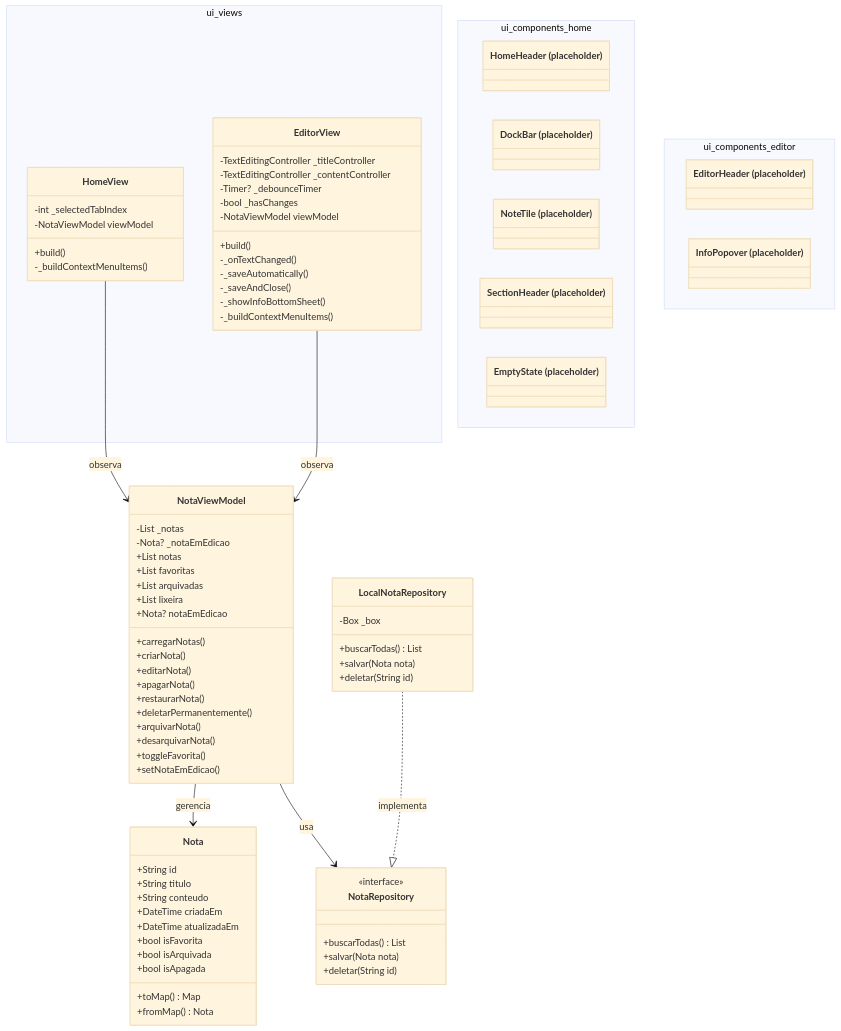
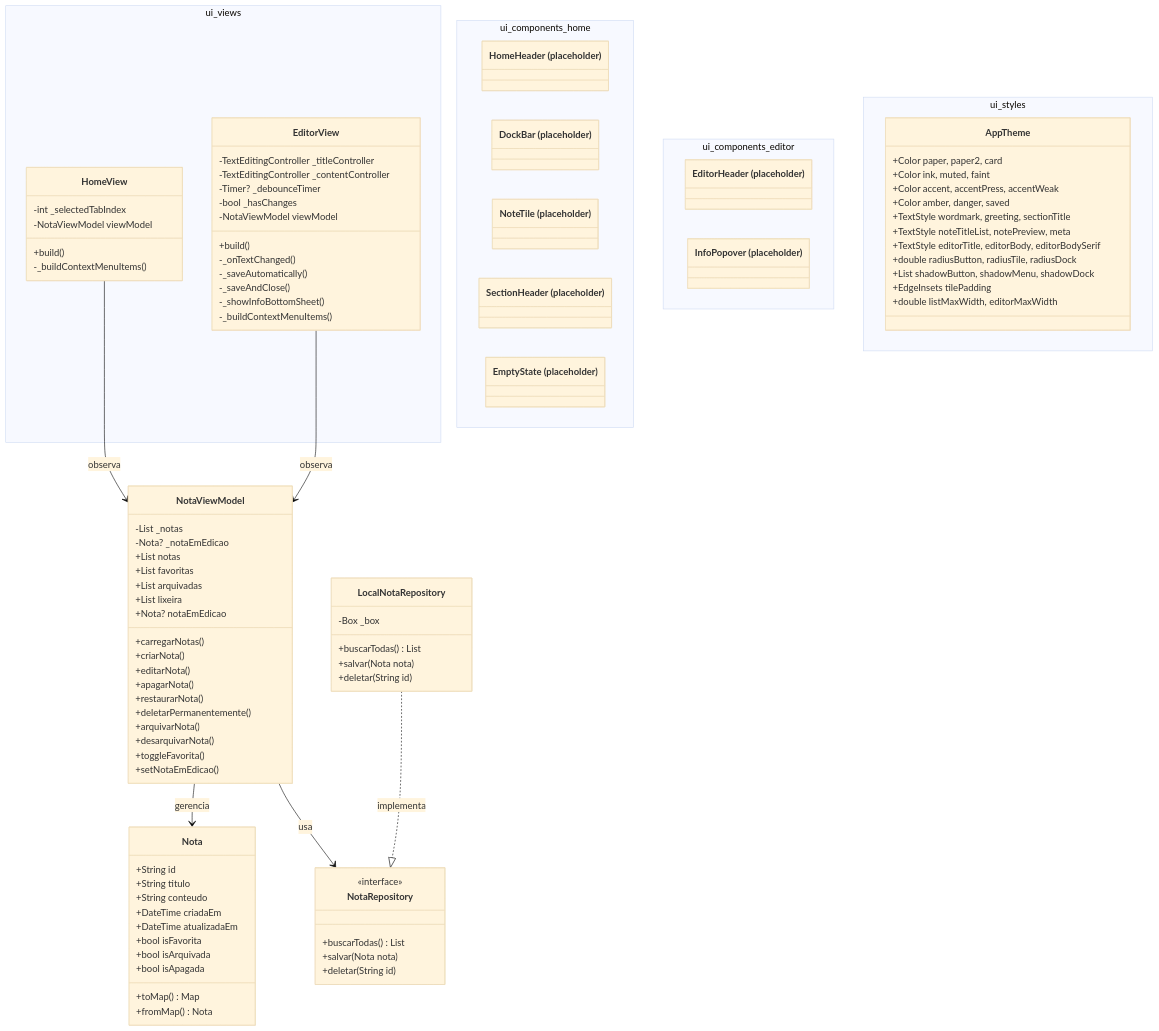
Before and after one commit to rogial12/anotai: the diagram in README.md, drawn with Mermaid (base theme). The commit also changed other lines of this file and 2 other files, not shown here.

Commit message:
feat(styles): completa AppTheme e atualiza documentação

```diff
--- a/README.md
+++ b/README.md
@@ -214,6 +214,22 @@
         class InfoPopover["InfoPopover (placeholder)"]
     }
 
+    namespace ui_styles {
+        class AppTheme {
+            +Color paper, paper2, card
+            +Color ink, muted, faint
+            +Color accent, accentPress, accentWeak
+            +Color amber, danger, saved
+            +TextStyle wordmark, greeting, sectionTitle
+            +TextStyle noteTitleList, notePreview, meta
+            +TextStyle editorTitle, editorBody, editorBodySerif
+            +double radiusButton, radiusTile, radiusDock
+            +List shadowButton, shadowMenu, shadowDock
+            +EdgeInsets tilePadding
+            +double listMaxWidth, editorMaxWidth
+        }
+    }
+
     NotaViewModel --> NotaRepository : usa
     LocalNotaRepository ..|> NotaRepository : implementa
     HomeView --> NotaViewModel : observa
```
